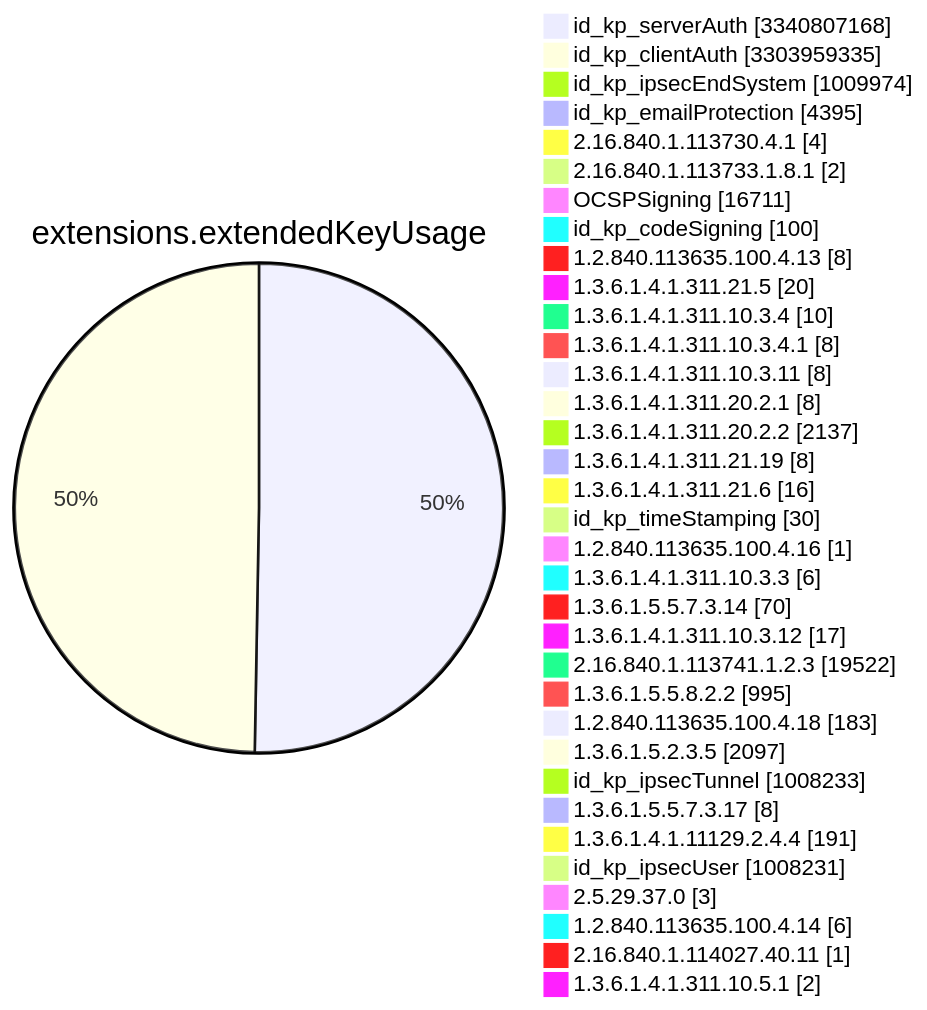
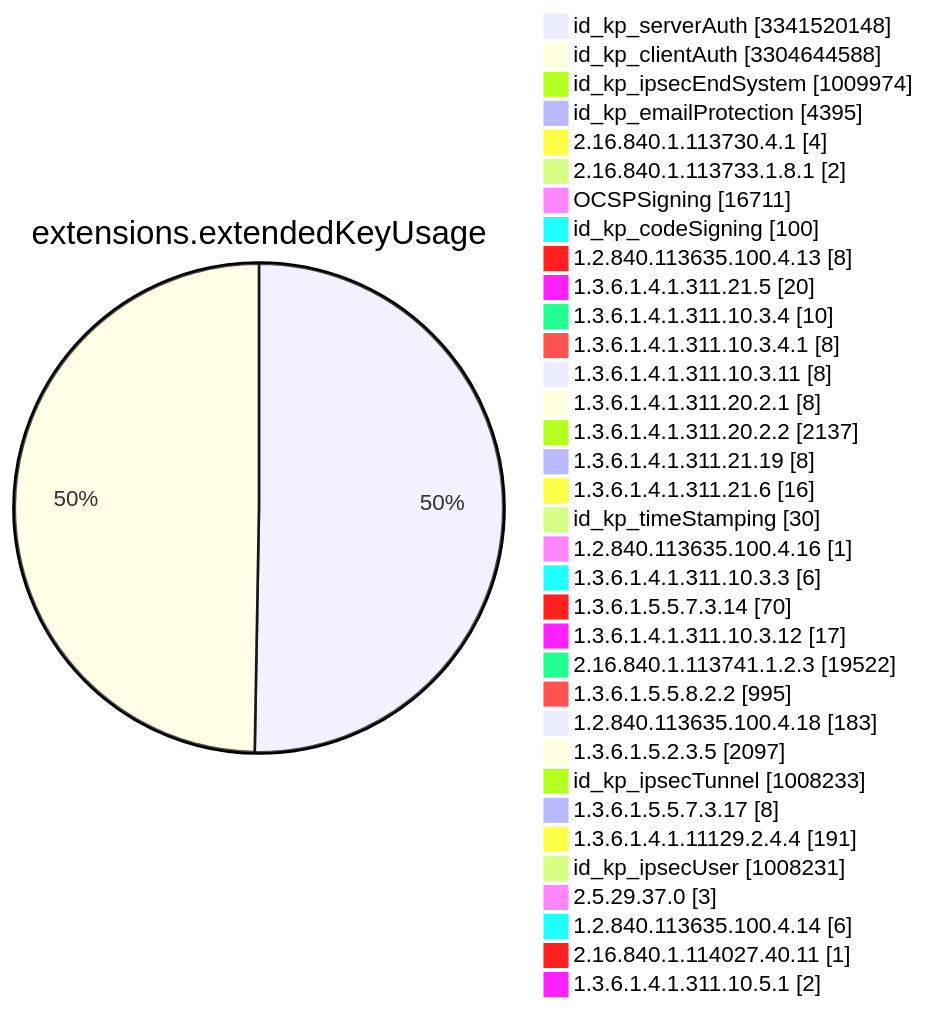
Diagram 11 of 15 in TOTAL/README.md (christiankrug/ctmonitor_visualization), drawn with Mermaid before and after one commit. The commit also changed other lines of this file, not shown here.

````diff
--- a/TOTAL/README.md
+++ b/TOTAL/README.md
@@ -4120,38 +4120,38 @@
 ```mermaid
 pie showData
 title extensions.extendedKeyUsage
-"id_kp_serverAuth" :3340807168
-"id_kp_clientAuth" :3303959335
+"id_kp_serverAuth" :3341520148
+"id_kp_clientAuth" :3304644588
 "id_kp_ipsecEndSystem" :1009974
 "id_kp_emailProtection" :4395
 "2.16.840.1.113730.4.1" :4
 "2.16.840.1.113733.1.8.1" :2
 "OCSPSigning" :16711
 "id_kp_codeSigning" :100
 "1.2.840.113635.100.4.13" :8
 "1.3.6.1.4.1.311.21.5" :20
 "1.3.6.1.4.1.311.10.3.4" :10
 "1.3.6.1.4.1.311.10.3.4.1" :8
 "1.3.6.1.4.1.311.10.3.11" :8
 "1.3.6.1.4.1.311.20.2.1" :8
 "1.3.6.1.4.1.311.20.2.2" :2137
 "1.3.6.1.4.1.311.21.19" :8
 "1.3.6.1.4.1.311.21.6" :16
 "id_kp_timeStamping" :30
 "1.2.840.113635.100.4.16" :1
 "1.3.6.1.4.1.311.10.3.3" :6
 "1.3.6.1.5.5.7.3.14" :70
 "1.3.6.1.4.1.311.10.3.12" :17
 "2.16.840.1.113741.1.2.3" :19522
 "1.3.6.1.5.5.8.2.2" :995
 "1.2.840.113635.100.4.18" :183
 "1.3.6.1.5.2.3.5" :2097
 "id_kp_ipsecTunnel" :1008233
 "1.3.6.1.5.5.7.3.17" :8
 "1.3.6.1.4.1.11129.2.4.4" :191
 "id_kp_ipsecUser" :1008231
 "2.5.29.37.0" :3
 "1.2.840.113635.100.4.14" :6
 "2.16.840.1.114027.40.11" :1
 "1.3.6.1.4.1.311.10.5.1" :2
 ```
````
